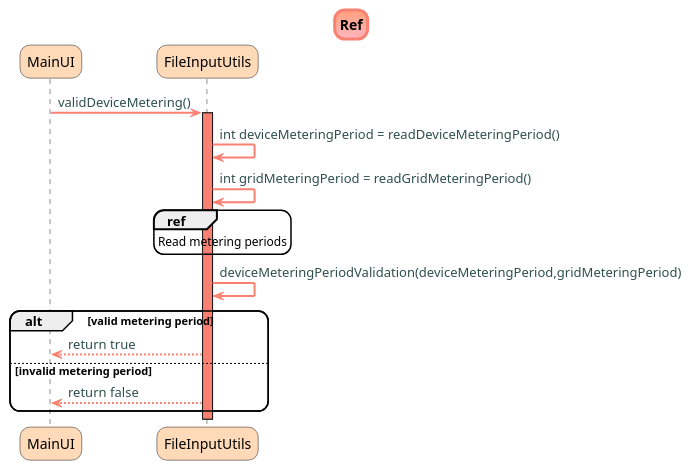
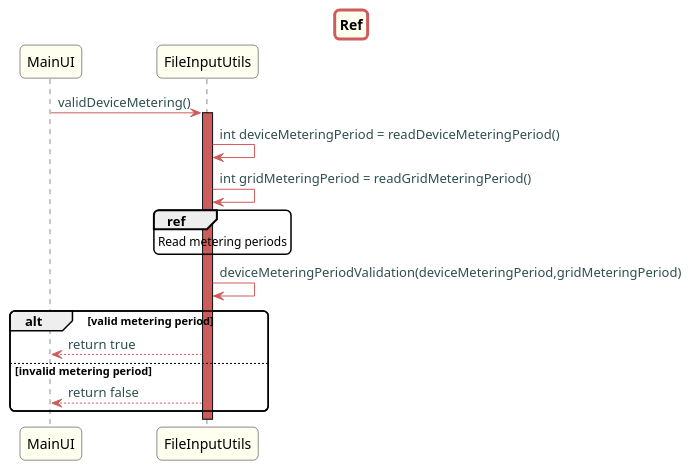
One commit to Almadanmp/project changed the diagram in uml/US50/US050FileInputUtilsRef.puml. Above: the diagram before and after it, drawn with PlantUML. The commit also changed 18 other files, not shown here.

Commit message:
UML format changes

```diff
--- a/uml/US50/US050FileInputUtilsRef.puml
+++ b/uml/US50/US050FileInputUtilsRef.puml
@@ -1,49 +1,51 @@
 @startuml
 
-skinparam titleBorderRoundCorner 25
+skinparam titleBorderRoundCorner 10
 skinparam titleBorderThickness 3
-skinparam titleBorderColor salmon
-skinparam titleBackgroundColor lightsalmon-lightpink
-skinparam FontName Verdana
+skinparam titleBorderColor indianred
+skinparam titleBackgroundColor ivory
+skinparam FontName quicksand
+
+skinparam actor {
+ 	BorderColor indianred
+ 	}
+
+ skinparam sequence {
+ 	LifeLineBackgroundColor indianred
+ 	ParticipantBackgroundColor ivory
+ }
+
+ skinparam roundcorner 10
+
+ skinparam component {
+   arrowThickness 1
+   ArrowFontName Verdana
+   ArrowColor indianred
+   ArrowFontColor darkslategrey
+ }
+
 
 title   Ref
 
-skinparam actor {
-	BorderColor salmon
-	}
-
-skinparam sequence {
-	LifeLineBackgroundColor salmon
-	ParticipantBackgroundColor PeachPuff
-}
-
-skinparam roundcorner 20
-
-skinparam component {
-  arrowThickness 2
-  ArrowFontName Verdana
-  ArrowColor salmon
-  ArrowFontColor darkslategrey
-}
 
 
 MainUI -> FileInputUtils: validDeviceMetering()
 activate FileInputUtils
 
 FileInputUtils -> FileInputUtils: int deviceMeteringPeriod = readDeviceMeteringPeriod()
 FileInputUtils -> FileInputUtils: int gridMeteringPeriod = readGridMeteringPeriod()
 ref over FileInputUtils
   Read metering periods
 end ref
 FileInputUtils -> FileInputUtils: deviceMeteringPeriodValidation(deviceMeteringPeriod,gridMeteringPeriod)
 
 alt valid metering period
 FileInputUtils --> MainUI: return true
 
 else      invalid metering period
 FileInputUtils --> MainUI: return false
 
 end
 
 
 @enduml
```
